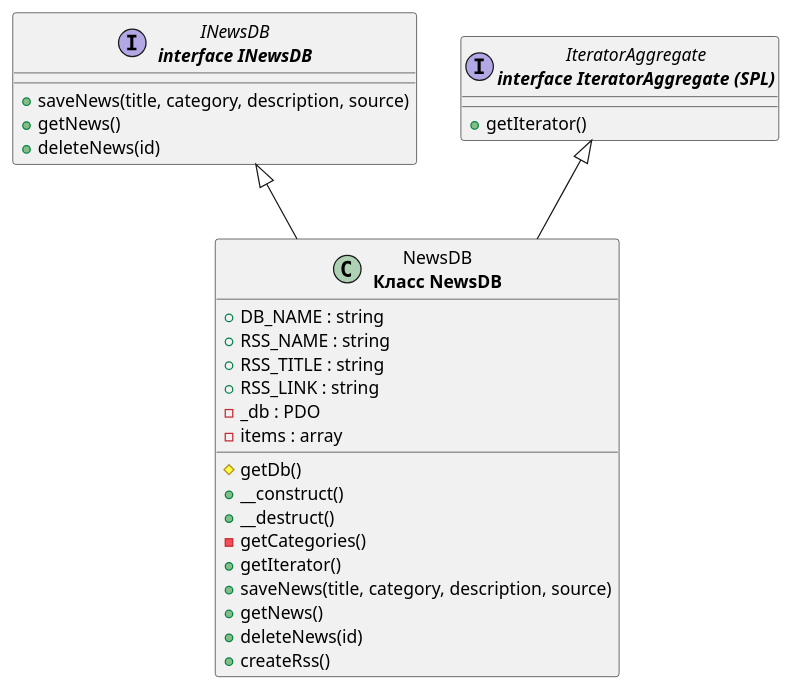
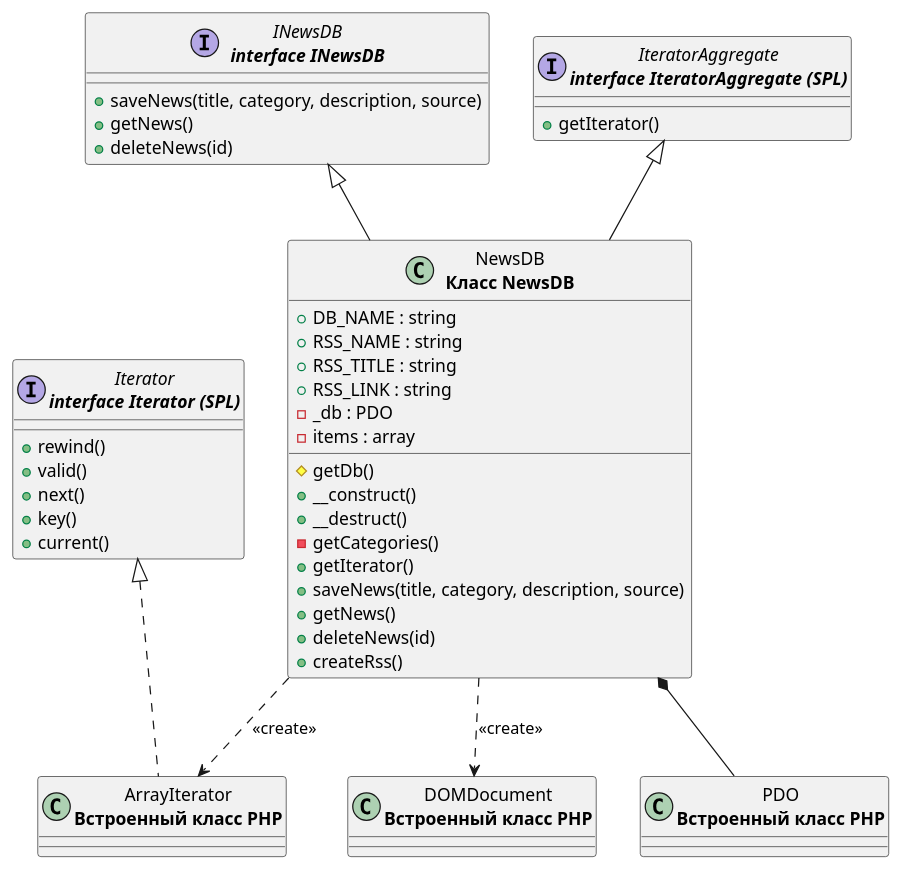
One commit to xImDoctor/web-labs changed the diagram in lab6/diagrams/news_diagram.puml. Above: the diagram before and after it, drawn with PlantUML. The commit also changed 2 other files, not shown here.

Commit message:
Upd lab6 diagram

```diff
--- a/lab6/diagrams/news_diagram.puml
+++ b/lab6/diagrams/news_diagram.puml
@@ -1,32 +1,50 @@
 @startuml class-diagram
   interface "INewsDB\n<b>interface INewsDB</b>" as INewsDB {
     +saveNews(title, category, description, source)
     +getNews()
     +deleteNews(id)
   }
 
   interface "IteratorAggregate\n<b>interface IteratorAggregate (SPL)</b>" as IteratorAggregate {
     +getIterator()
+  }
+
+  interface "Iterator\n<b>interface Iterator (SPL)</b>" as Iterator {
+    +rewind()
+    +valid()
+    +next()
+    +key()
+    +current()
   }
 
   class "NewsDB\n<b>Класс NewsDB</b>" as NewsDB {
     +DB_NAME : string
     +RSS_NAME : string
     +RSS_TITLE : string
     +RSS_LINK : string
     -_db : PDO
     -items : array
     #getDb()
     +__construct()
     +__destruct()
     -getCategories()
     +getIterator()
     +saveNews(title, category, description, source)
     +getNews()
     +deleteNews(id)
     +createRss()
   }
 
+  class "PDO\n<b>Встроенный класс PHP</b>" as PDO
+
+  class "ArrayIterator\n<b>Встроенный класс PHP</b>" as ArrayIterator
+
+  class "DOMDocument\n<b>Встроенный класс PHP</b>" as DOMDocument
+
   INewsDB <|-- NewsDB
   IteratorAggregate <|-- NewsDB
+  Iterator <|.. ArrayIterator
+  NewsDB *-- PDO
+  NewsDB ..> ArrayIterator : <<create>>
+  NewsDB ..> DOMDocument : <<create>>
 @enduml
```
